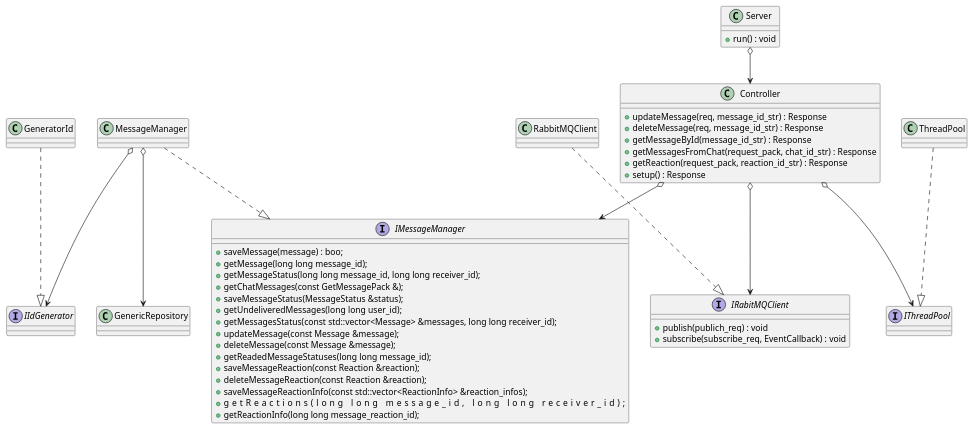
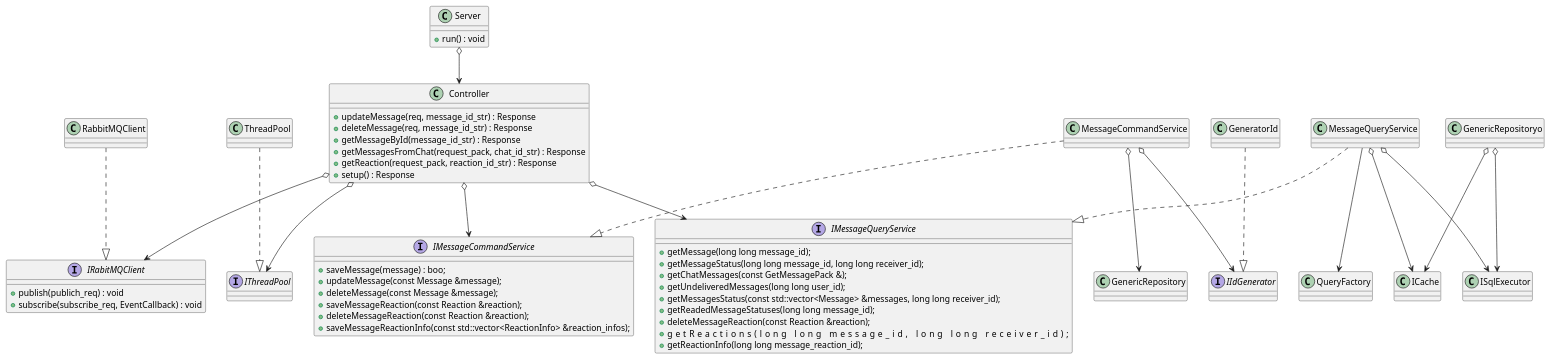
The diagram in docs/architecture/services/messageservice.puml (Roma3214185/Messanger), drawn with PlantUML before and after one commit. The commit also changed 7 other files, not shown here.

Commit message:
Make from IMessageManager ICommandManager and IQueryManager

```diff
--- a/docs/architecture/services/messageservice.puml
+++ b/docs/architecture/services/messageservice.puml
@@ -1,72 +1,85 @@
 @startuml
 
 class Server {
   + run() : void
 }
 
 class Controller {
   + updateMessage(req, message_id_str) : Response
   + deleteMessage(req, message_id_str) : Response
   + getMessageById(message_id_str) : Response
   + getMessagesFromChat(request_pack, chat_id_str) : Response
   + getReaction(request_pack, reaction_id_str) : Response
   + setup() : Response
 }
 
-interface IMessageManager {
+interface IMessageCommandService {
   + saveMessage(message) : boo;
+  + updateMessage(const Message &message);
+  + deleteMessage(const Message &message);
+  + saveMessageReaction(const Reaction &reaction);
+  + deleteMessageReaction(const Reaction &reaction);
+  + saveMessageReactionInfo(const std::vector<ReactionInfo> &reaction_infos);
+}
+
+interface IMessageQueryService {
   + getMessage(long long message_id);
   + getMessageStatus(long long message_id, long long receiver_id);
   + getChatMessages(const GetMessagePack &);
-  + saveMessageStatus(MessageStatus &status);
   + getUndeliveredMessages(long long user_id);
   + getMessagesStatus(const std::vector<Message> &messages, long long receiver_id);
-  + updateMessage(const Message &message);
-  + deleteMessage(const Message &message);
   + getReadedMessageStatuses(long long message_id);
-  + saveMessageReaction(const Reaction &reaction);
   + deleteMessageReaction(const Reaction &reaction);
-  + saveMessageReactionInfo(const std::vector<ReactionInfo> &reaction_infos);
   + getReactions(long long message_id,                                                                            long long receiver_id);
   + getReactionInfo(long long message_reaction_id);
 }
 
 
 interface IRabitMQClient {
   + publish(publich_req) : void
   + subscribe(subscribe_req, EventCallback) : void
 }
 
 class RabbitMQClient {
 
 }
 
 interface IThreadPool {
 }
 
 class ThreadPool {
 }
 
 interface IIdGenerator {
 
 }
 
 RabbitMQClient ..|> IRabitMQClient
 
 Server o--> Controller
 
 Controller o--> IRabitMQClient
 Controller o--> IThreadPool
-Controller o--> IMessageManager
+Controller o--> IMessageCommandService
+Controller o--> IMessageQueryService
 
-MessageManager ..|> IMessageManager
-MessageManager o--> GenericRepository
-MessageManager o--> IIdGenerator
+
+MessageCommandService ..|> IMessageCommandService
+MessageCommandService o--> GenericRepository
+MessageCommandService o--> IIdGenerator
+
+MessageQueryService ..|> IMessageQueryService
+MessageQueryService o--> ISqlExecutor
+MessageQueryService o--> ICache
+MessageQueryService --> QueryFactory
+
+GenericRepositoryo o--> ISqlExecutor
+GenericRepositoryo o--> ICache
 
 GeneratorId ..|> IIdGenerator
 
 ThreadPool ..|> IThreadPool
 
 
 
 @enduml
```
